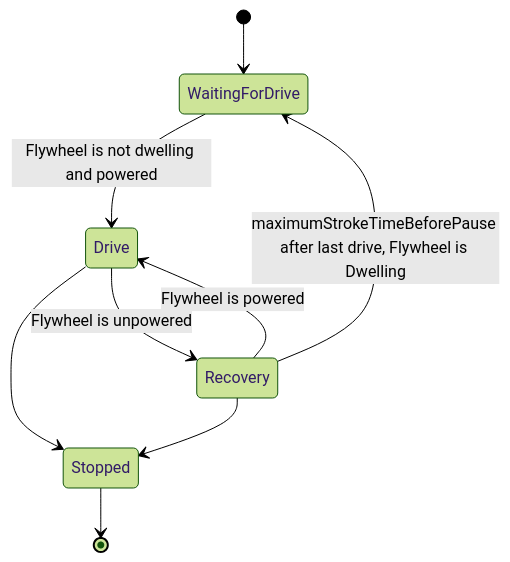
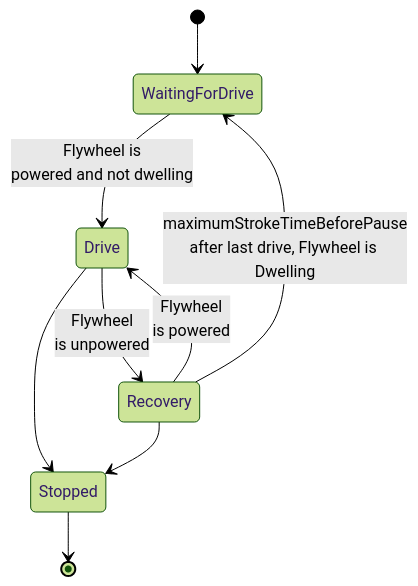
Before and after one commit to laberning/openrowingmonitor: the fourth of 4 diagrams in docs/Architecture.md, drawn with Mermaid (forest theme). The commit also changed other lines of this file, not shown here.

````diff
--- a/docs/Architecture.md
+++ b/docs/Architecture.md
@@ -93,11 +93,11 @@
 ```mermaid
 stateDiagram-v2
     [*] --> WaitingForDrive
-    WaitingForDrive --> Drive: Flywheel is not dwelling and powered
-    Drive --> Recovery: Flywheel is unpowered
-    Recovery --> Drive: Flywheel is powered
-    Recovery --> WaitingForDrive: maximumStrokeTimeBeforePause after last drive, Flywheel is Dwelling
+    WaitingForDrive --> Drive: Flywheel is<br>powered and not dwelling
+    Drive --> Recovery: Flywheel<br>is unpowered
+    Recovery --> Drive: Flywheel<br>is powered
+    Recovery --> WaitingForDrive: maximumStrokeTimeBeforePause<br>after last drive, Flywheel is Dwelling
     Drive --> Stopped
     Recovery --> Stopped
     Stopped --> [*]
 ```
````
